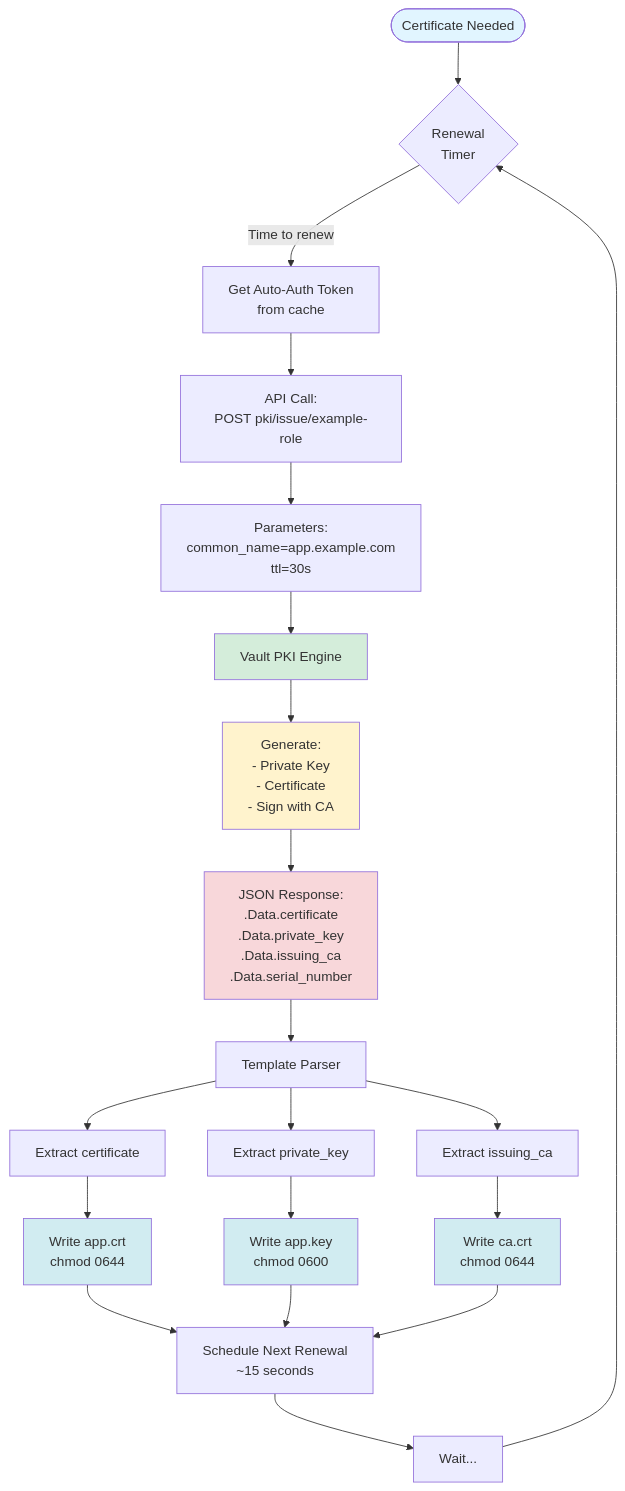
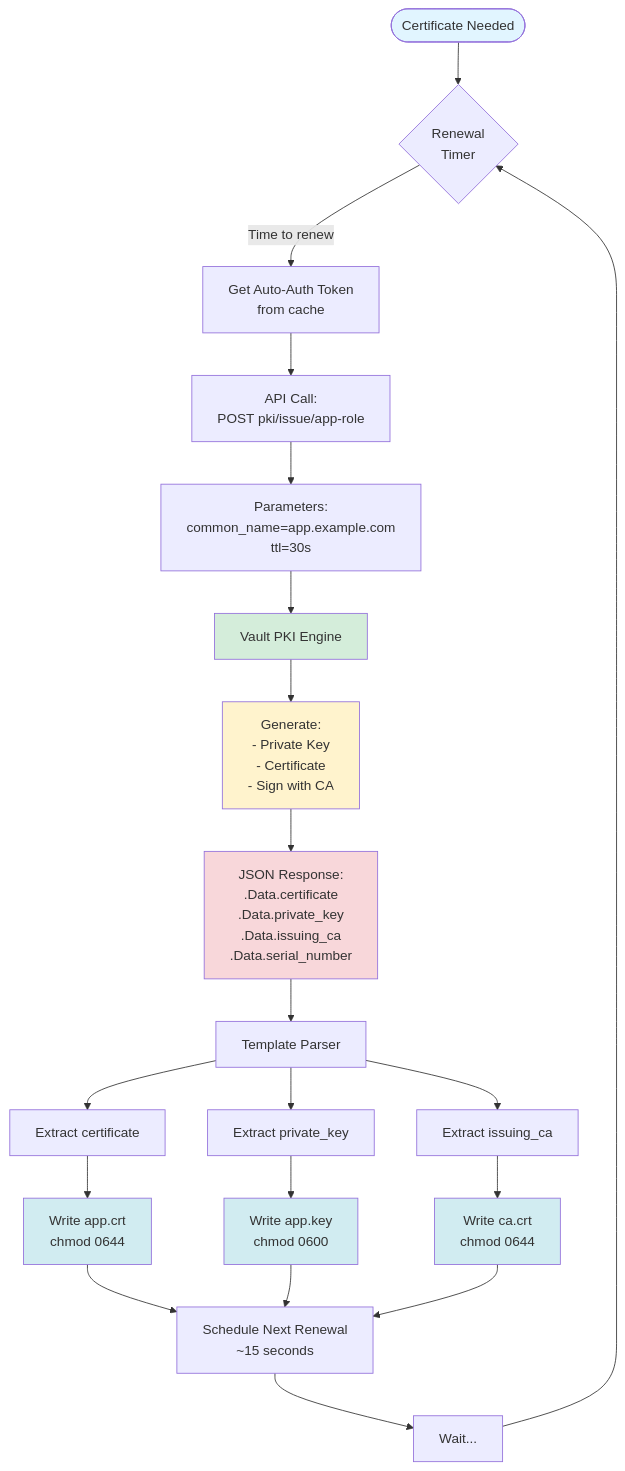
Before and after one commit to songlining/pki: the tenth of 12 diagrams in agent-demo-diagrams.md, drawn with Mermaid. The commit also changed other lines of this file and 34 other files, not shown here.

````diff
--- a/agent-demo-diagrams.md
+++ b/agent-demo-diagrams.md
@@ -405,41 +405,41 @@
 ```mermaid
 flowchart TD
     Start([Certificate Needed]) --> Timer{Renewal<br/>Timer}
     
     Timer -->|Time to renew| GetToken[Get Auto-Auth Token<br/>from cache]
     
-    GetToken --> APICall[API Call:<br/>POST pki/issue/example-role]
+    GetToken --> APICall[API Call:<br/>POST pki/issue/app-role]
     
     APICall --> Params[Parameters:<br/>common_name=app.example.com<br/>ttl=30s]
     
     Params --> VaultPKI[Vault PKI Engine]
     
     VaultPKI --> Generate[Generate:<br/>- Private Key<br/>- Certificate<br/>- Sign with CA]
     
     Generate --> Response[JSON Response:<br/>.Data.certificate<br/>.Data.private_key<br/>.Data.issuing_ca<br/>.Data.serial_number]
     
     Response --> Parse[Template Parser]
     
     Parse --> Extract1[Extract certificate]
     Parse --> Extract2[Extract private_key]
     Parse --> Extract3[Extract issuing_ca]
     
     Extract1 --> Write1[Write app.crt<br/>chmod 0644]
     Extract2 --> Write2[Write app.key<br/>chmod 0600]
     Extract3 --> Write3[Write ca.crt<br/>chmod 0644]
     
     Write1 --> Schedule[Schedule Next Renewal<br/>~15 seconds]
     Write2 --> Schedule
     Write3 --> Schedule
     
     Schedule --> Wait[Wait...]
     Wait --> Timer
     
     style Start fill:#e1f5ff
     style VaultPKI fill:#d4edda
     style Generate fill:#fff3cd
     style Response fill:#f8d7da
     style Write1 fill:#d1ecf1
     style Write2 fill:#d1ecf1
     style Write3 fill:#d1ecf1
 ```
````
